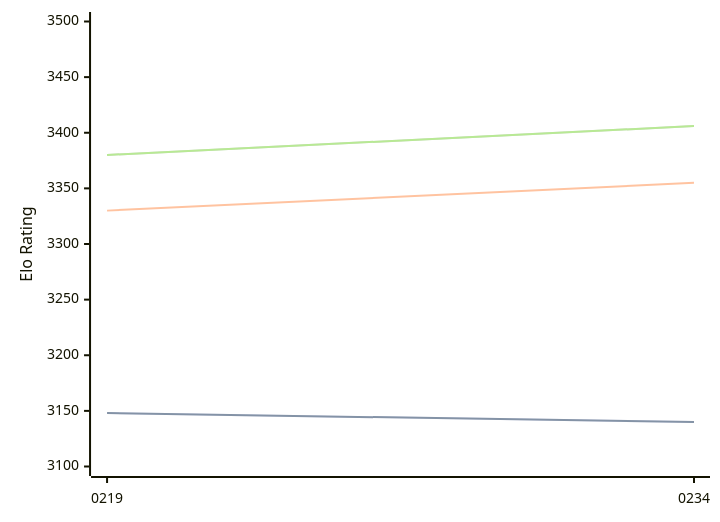
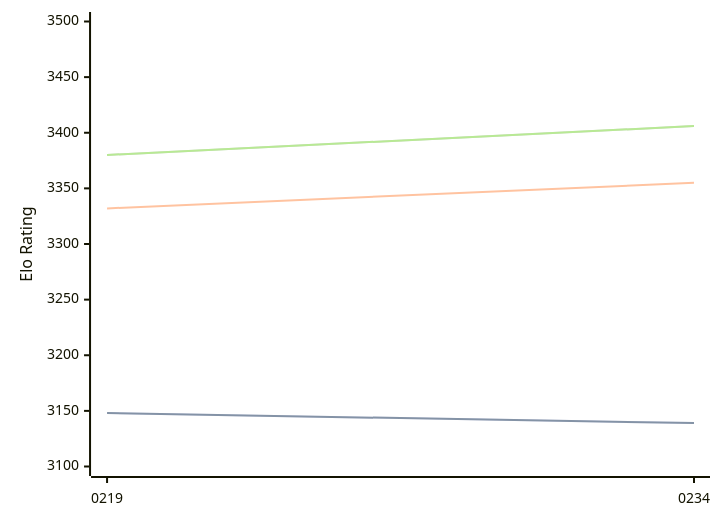
The diagram in engines/Ynode.md (computer-chess-index/cci), drawn with Mermaid before and after one commit. The commit also changed other lines of this file, not shown here.

````diff
--- a/engines/Ynode.md
+++ b/engines/Ynode.md
@@ -32,11 +32,11 @@
 ```mermaid
 %%{init: {"theme":"base","themeVariables":{"seriesColors:['#a3a3a3','#222221','#faa371']}}}%%
 xychart-beta
   x-axis ["0219", "0234"]
   y-axis "Elo Rating" 3100 --> 3500
-  line "" [3148, 3140]
-  line "STC (8.0+0.08s)" [3148, 3140]
-  line "LTC (60.0+0.60s)" [3330, 3355]
+  line "" [3148, 3139]
+  line "STC (8.0+0.08s)" [3148, 3139]
+  line "LTC (60.0+0.60s)" [3332, 3355]
   line "" [3380, 3406]
   line "VLTC (2m24s+1.12s)" [3380, 3406]
 ```
````
